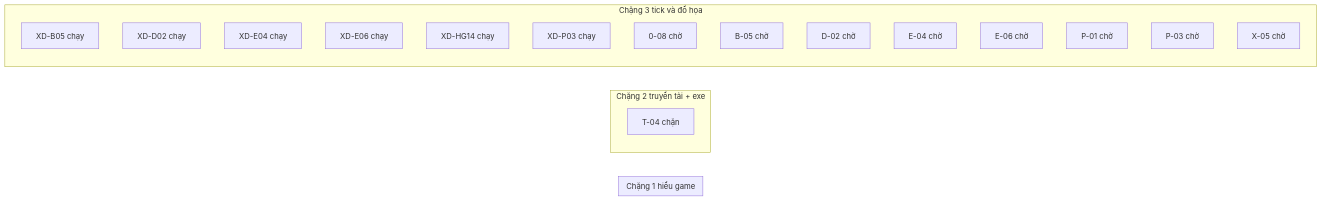
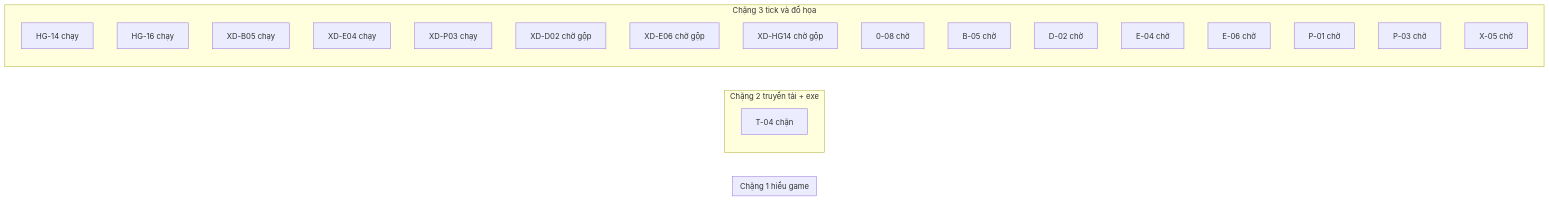
The diagram in JX1_OPS/STATE/TIEN-DO.md (ndtangoss-dev/jx1-reports), drawn with Mermaid before and after one commit. The commit also changed other lines of this file and 4 other files, not shown here.

````diff
--- a/JX1_OPS/STATE/TIEN-DO.md
+++ b/JX1_OPS/STATE/TIEN-DO.md
@@ -9,24 +9,26 @@
 ```mermaid
 flowchart LR
   subgraph S1["Chặng 1 hiểu game"]
   end
   subgraph S2["Chặng 2 truyền tải + exe"]
     T_04["T-04 chặn"]
   end
   subgraph S3["Chặng 3 tick và đồ họa"]
+    HG_14["HG-14 chạy"]
+    HG_16["HG-16 chạy"]
     XD_B05["XD-B05 chạy"]
-    XD_D02["XD-D02 chạy"]
     XD_E04["XD-E04 chạy"]
-    XD_E06["XD-E06 chạy"]
-    XD_HG14["XD-HG14 chạy"]
     XD_P03["XD-P03 chạy"]
+    XD_D02["XD-D02 chờ gộp"]
+    XD_E06["XD-E06 chờ gộp"]
+    XD_HG14["XD-HG14 chờ gộp"]
     0_08["0-08 chờ"]
     B_05["B-05 chờ"]
     D_02["D-02 chờ"]
     E_04["E-04 chờ"]
     E_06["E-06 chờ"]
     P_01["P-01 chờ"]
     P_03["P-03 chờ"]
     X_05["X-05 chờ"]
   end
 ```
````
